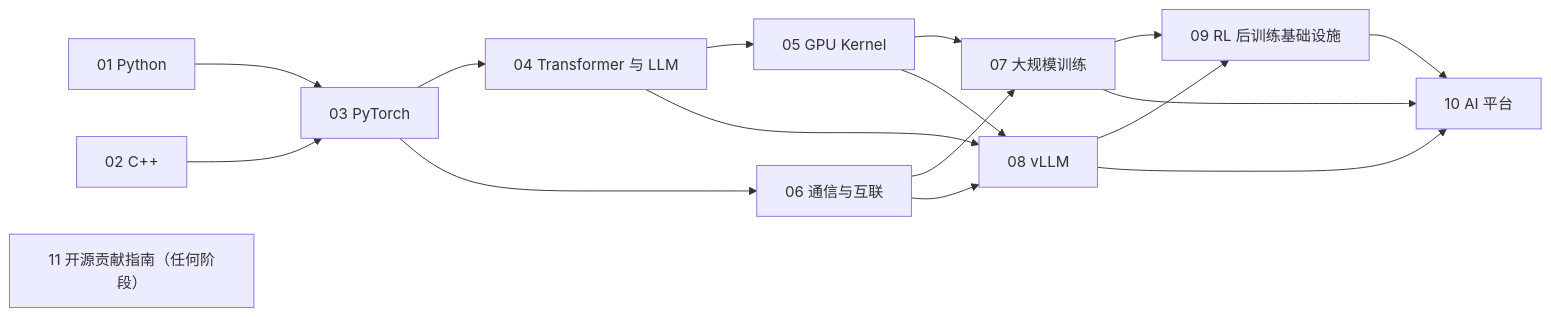
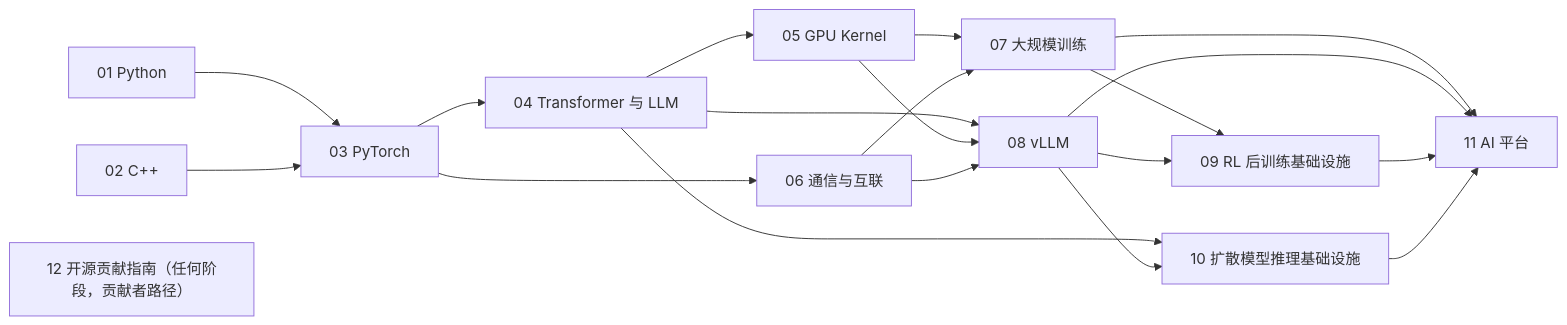
Before and after one commit to arganzheng/arganzheng.github.com: the second of 2 diagrams in _posts/2026-01-03-ai-infra-learning-roadmap.md, drawn with Mermaid. The commit also changed other lines of this file and 32 other files, not shown here.

Commit message:
扩散模型推理基础设施升入 Infra L4 主线（10），发布于 09 之后；平台 / 开源贡献顺延为 11 / 12；三张地图、08 总纲、AGENTS、备忘录同步

````diff
--- a/_posts/2026-01-03-ai-infra-learning-roadmap.md
+++ b/_posts/2026-01-03-ai-infra-learning-roadmap.md
@@ -289,19 +294,22 @@
 ```mermaid
 graph LR
     S01["01 Python"] --> S03["03 PyTorch"]
     S02["02 C++"] --> S03
     S03 --> S04["04 Transformer 与 LLM"]
     S04 --> S05["05 GPU Kernel"]
     S03 --> S06["06 通信与互联"]
     S05 --> S07["07 大规模训练"]
     S06 --> S07
     S04 --> S08["08 vLLM"]
     S05 --> S08
     S06 --> S08
     S07 --> S09["09 RL 后训练基础设施"]
     S08 --> S09
-    S07 --> S10["10 AI 平台"]
+    S04 --> S10["10 扩散模型推理基础设施"]
     S08 --> S10
-    S09 --> S10
-    S11["11 开源贡献指南（任何阶段）"]
+    S07 --> S11["11 AI 平台"]
+    S08 --> S11
+    S09 --> S11
+    S10 --> S11
+    S12["12 开源贡献指南（任何阶段，贡献者路径）"]
 ```
````
